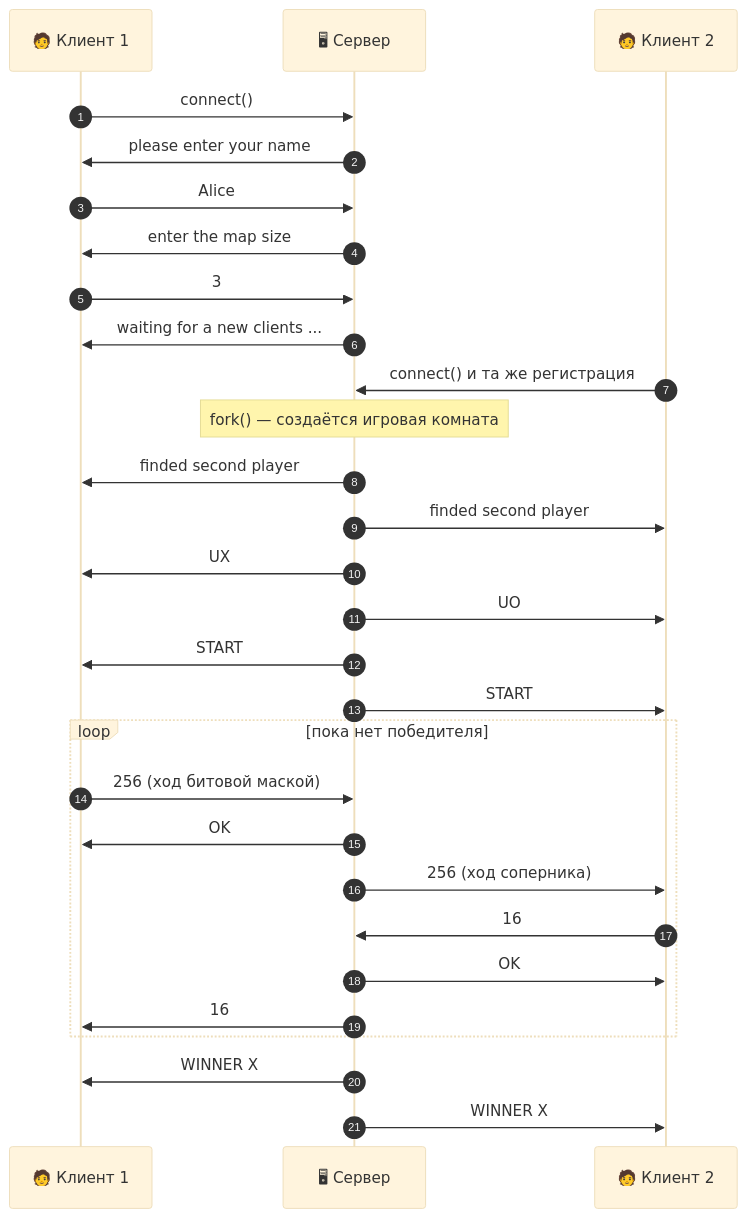
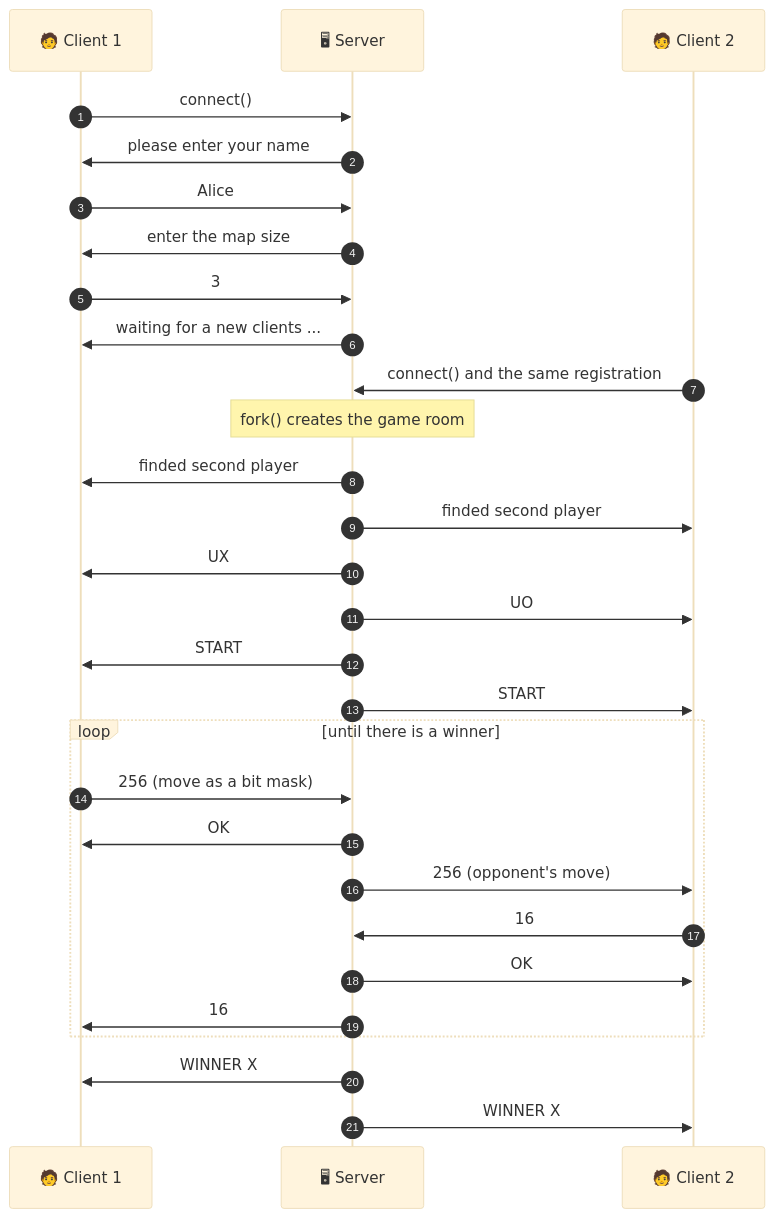
The second of 2 diagrams in README.md (Surjan1619/XO_game), drawn with Mermaid (base theme) before and after one commit. The commit also changed other lines of this file, not shown here.

````diff
--- a/README.md
+++ b/README.md
@@ -146,37 +146,37 @@
 ```mermaid
 sequenceDiagram
     autonumber
-    participant X as 🧑 Клиент 1
-    participant S as 🖥 Сервер
-    participant O as 🧑 Клиент 2
+    participant X as 🧑 Client 1
+    participant S as 🖥 Server
+    participant O as 🧑 Client 2
 
     X->>S: connect()
     S->>X: please enter your name
     X->>S: Alice
     S->>X: enter the map size
     X->>S: 3
     S->>X: waiting for a new clients ...
 
-    O->>S: connect() и та же регистрация
+    O->>S: connect() and the same registration
 
-    Note over S: fork() — создаётся игровая комната
+    Note over S: fork() creates the game room
 
     S->>X: finded second player
     S->>O: finded second player
     S->>X: UX
     S->>O: UO
     S->>X: START
     S->>O: START
 
-    loop пока нет победителя
-        X->>S: 256  (ход битовой маской)
+    loop until there is a winner
+        X->>S: 256  (move as a bit mask)
         S->>X: OK
-        S->>O: 256  (ход соперника)
+        S->>O: 256  (opponent's move)
         O->>S: 16
         S->>O: OK
         S->>X: 16
     end
 
     S->>X: WINNER X
     S->>O: WINNER X
 ```
````
